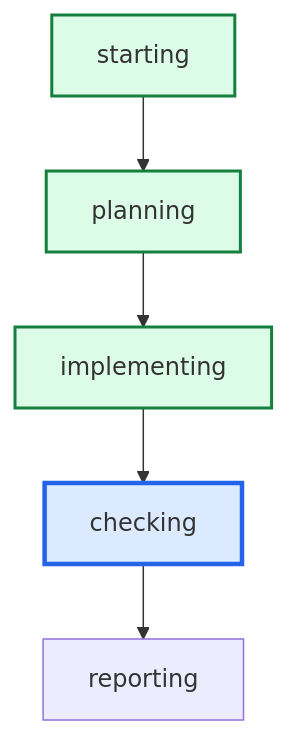
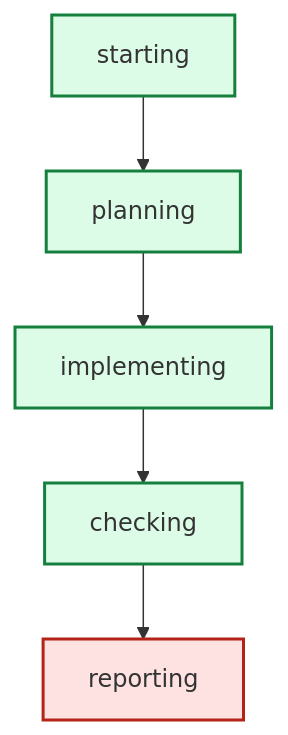
Before and after one commit to daniell0gda/hermes-feature-check-dashboard: the diagram in runs/issue-34-overcharge-capacitors-20260822-132458/graph.mmd, drawn with Mermaid. The commit also changed 34 other files, not shown here.

```diff
--- a/runs/issue-34-overcharge-capacitors-20260822-132458/graph.mmd
+++ b/runs/issue-34-overcharge-capacitors-20260822-132458/graph.mmd
@@ -1,13 +1,14 @@
 graph TD
     starting --> planning
     planning --> implementing
     implementing --> checking
     checking --> reporting
 
 classDef done fill:#dcfce7,stroke:#15803d,stroke-width:2px;
 classDef active fill:#dbeafe,stroke:#2563eb,stroke-width:3px;
 classDef failed fill:#fee2e2,stroke:#b42318,stroke-width:2px;
 class planning done;
 class implementing done;
-class checking active;
+class checking done;
 class starting done;
+class reporting failed;
```
